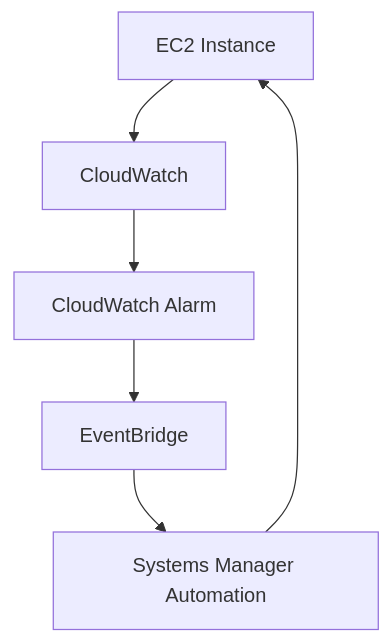
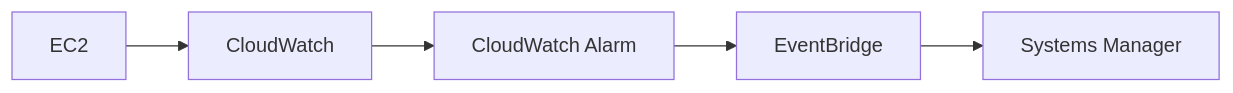
Diagram 11 of 14 in AGENTS.md (GabrielAlmeidaFlores/AWS-CloudOps-Engineer-Associate-Doc), drawn with Mermaid before and after one commit. The commit also changed other lines of this file and 3 other files, not shown here.

Commit message:
docs: use Mermaid for all flow diagrams, never ASCII art

````diff
--- a/AGENTS.md
+++ b/AGENTS.md
@@ -1933,14 +1861,4 @@
 ```mermaid
-flowchart TD
-    EC2[EC2 Instance]
-    CW[CloudWatch]
-    Alarm[CloudWatch Alarm]
-    EB[EventBridge]
-    SSM[Systems Manager Automation]
-
-    EC2 --> CW
-    CW --> Alarm
-    Alarm --> EB
-    EB --> SSM
-    SSM --> EC2
+flowchart LR
+    EC2[EC2] --> CW[CloudWatch] --> Alarm["CloudWatch Alarm"] --> EB[EventBridge] --> SSM["Systems Manager"]
 ```
````
